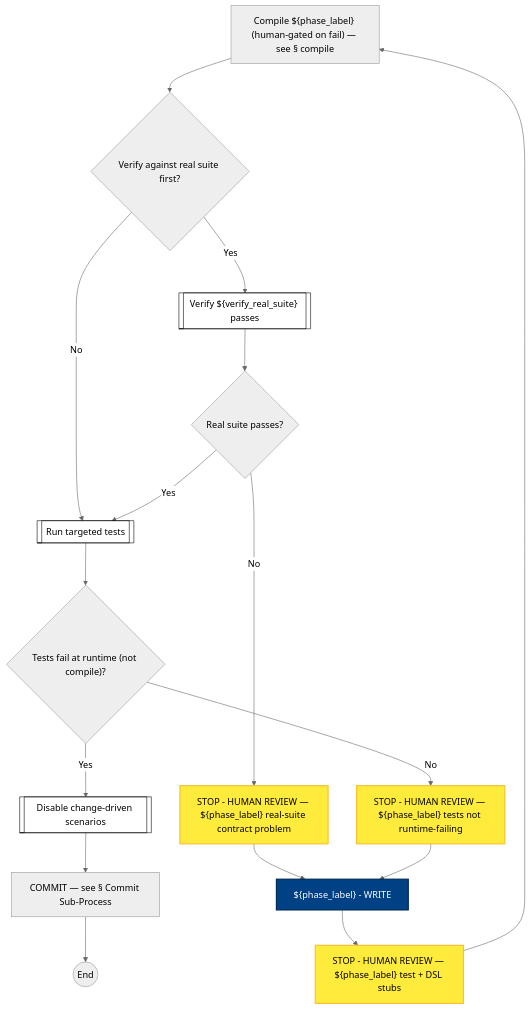
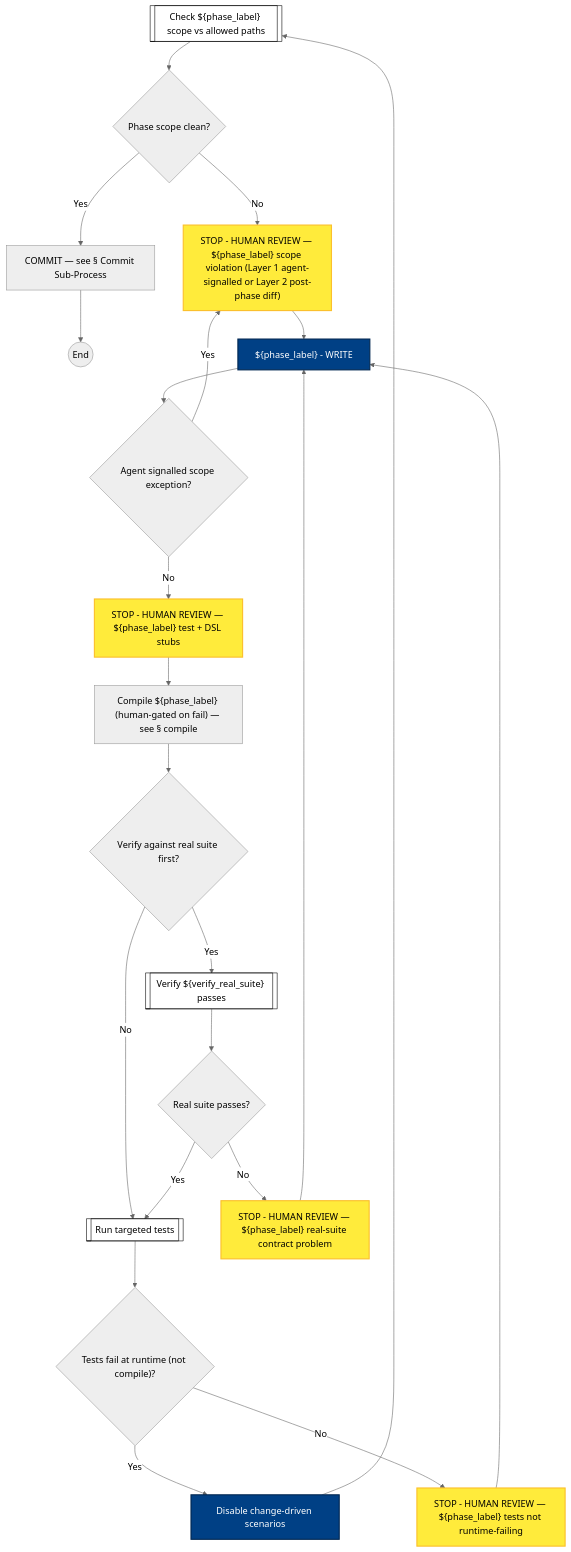
One commit to optivem/gh-optivem changed diagram 16 of 17 in docs/process-diagram.md. Above: the diagram before and after it, drawn with Mermaid (neutral theme). The commit also changed other lines of this file and 5 other files, not shown here.

Commit message:
atdd: regenerate process-flow diagram

````diff
--- a/docs/process-diagram.md
+++ b/docs/process-diagram.md
@@ -414,41 +435,51 @@
 ```mermaid
 flowchart TD
+    CHECK_PHASE_SCOPE[["Check ${phase_label} scope vs allowed paths"]]
     COMMIT[COMMIT — see § Commit Sub-Process]
     COMPILE["Compile ${phase_label} (human-gated on fail) — see § compile"]
-    DISABLE[[Disable change-driven scenarios]]
+    DISABLE[Disable change-driven scenarios]
+    GATE_PHASE_SCOPE_CLEAN{Phase scope clean?}
     GATE_RUN_FAILED_RUNTIME{"Tests fail at runtime (not compile)?"}
+    GATE_SCOPE_EXCEPTION{Agent signalled scope exception?}
     GATE_VERIFY_REAL_PASS{Real suite passes?}
     GATE_VERIFY_REAL_REQUIRED{Verify against real suite first?}
     RED_END((End))
     RUN[[Run targeted tests]]
     STOP_RED_NOT_RUNTIME_FAIL["STOP - HUMAN REVIEW — ${phase_label} tests not runtime-failing"]
     STOP_RED_REVIEW["STOP - HUMAN REVIEW — ${phase_label} test + DSL stubs"]
+    STOP_SCOPE_VIOLATION["STOP - HUMAN REVIEW — ${phase_label} scope violation (Layer 1 agent-signalled or Layer 2 post-phase diff)"]
     STOP_VERIFY_REAL_FAIL["STOP - HUMAN REVIEW — ${phase_label} real-suite contract problem"]
     VERIFY_REAL[["Verify ${verify_real_suite} passes"]]
     WRITE["${phase_label} - WRITE"]
 
-    WRITE --> STOP_RED_REVIEW
+    WRITE --> GATE_SCOPE_EXCEPTION
+    GATE_SCOPE_EXCEPTION -- Yes --> STOP_SCOPE_VIOLATION
+    GATE_SCOPE_EXCEPTION -- No --> STOP_RED_REVIEW
+    STOP_SCOPE_VIOLATION --> WRITE
     STOP_RED_REVIEW --> COMPILE
     COMPILE --> GATE_VERIFY_REAL_REQUIRED
     GATE_VERIFY_REAL_REQUIRED -- Yes --> VERIFY_REAL
     GATE_VERIFY_REAL_REQUIRED -- No --> RUN
     VERIFY_REAL --> GATE_VERIFY_REAL_PASS
     GATE_VERIFY_REAL_PASS -- Yes --> RUN
     GATE_VERIFY_REAL_PASS -- No --> STOP_VERIFY_REAL_FAIL
     STOP_VERIFY_REAL_FAIL --> WRITE
     RUN --> GATE_RUN_FAILED_RUNTIME
     GATE_RUN_FAILED_RUNTIME -- Yes --> DISABLE
     GATE_RUN_FAILED_RUNTIME -- No --> STOP_RED_NOT_RUNTIME_FAIL
     STOP_RED_NOT_RUNTIME_FAIL --> WRITE
-    DISABLE --> COMMIT
+    DISABLE --> CHECK_PHASE_SCOPE
+    CHECK_PHASE_SCOPE --> GATE_PHASE_SCOPE_CLEAN
+    GATE_PHASE_SCOPE_CLEAN -- Yes --> COMMIT
+    GATE_PHASE_SCOPE_CLEAN -- No --> STOP_SCOPE_VIOLATION
     COMMIT --> RED_END
 
     classDef serviceNode fill:#ffffff,stroke:#000000,stroke-width:1px,color:#000000
-    class DISABLE,RUN,VERIFY_REAL serviceNode
+    class CHECK_PHASE_SCOPE,RUN,VERIFY_REAL serviceNode
 
     classDef agentNode fill:#004085,stroke:#002752,stroke-width:2px,color:#ffffff
-    class WRITE agentNode
+    class DISABLE,WRITE agentNode
 
     classDef humanNode fill:#ffeb3b,stroke:#fbc02d,stroke-width:2px,color:#000000
-    class STOP_RED_NOT_RUNTIME_FAIL,STOP_RED_REVIEW,STOP_VERIFY_REAL_FAIL humanNode
+    class STOP_RED_NOT_RUNTIME_FAIL,STOP_RED_REVIEW,STOP_SCOPE_VIOLATION,STOP_VERIFY_REAL_FAIL humanNode
 ```
````
